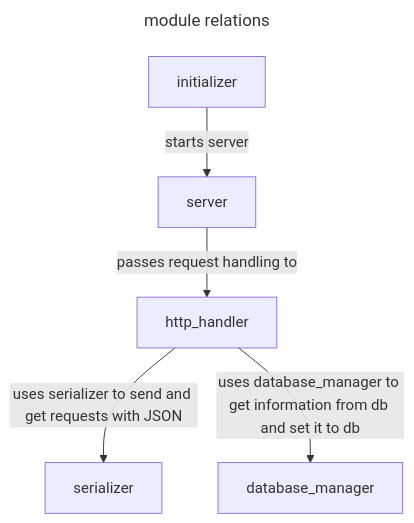
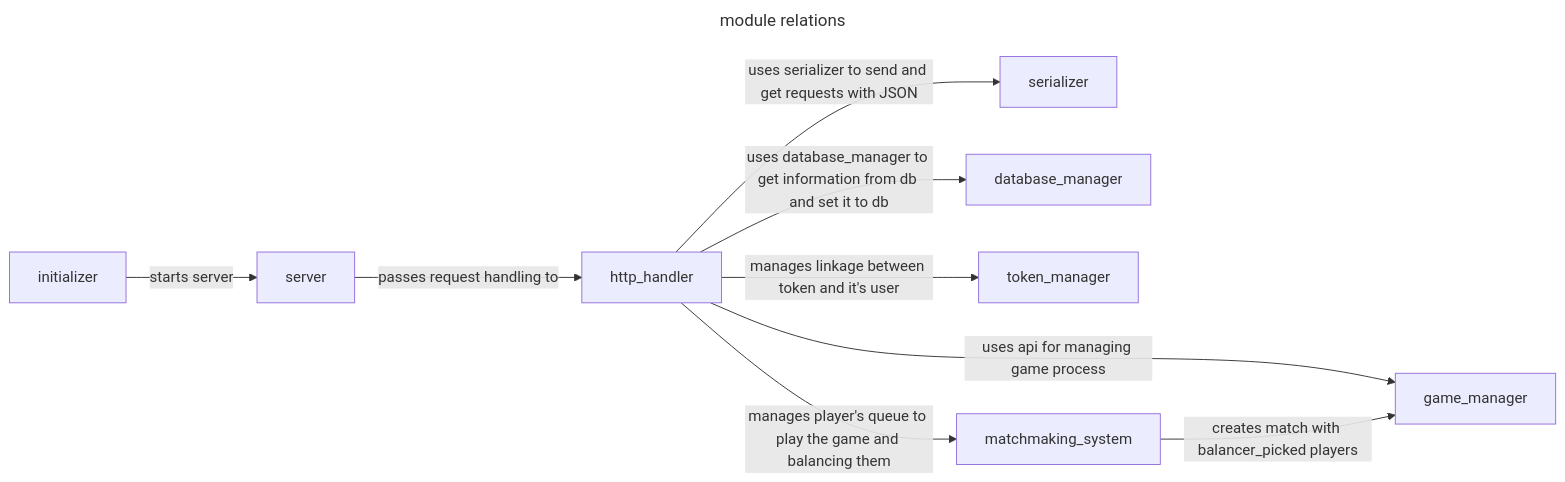
The diagram in docs/new_module_creation.md (LeeDoor/game_webserver), drawn with Mermaid before and after one commit. The commit also changed other lines of this file and 6 other files, not shown here.

````diff
--- a/docs/new_module_creation.md
+++ b/docs/new_module_creation.md
@@ -4,17 +4,23 @@
 ```mermaid
 ---
 title: module relations
 ---
+flowchart LR
+initializer --"starts server"--> server
+server --"passes request handling to"--> http_handler
+http_handler --"uses serializer to send and get requests with JSON"--> serializer
+http_handler --"uses database_manager to get information from db and set it to db"--> database_manager
+http_handler --"manages linkage between token and it's user"--> token_manager
+http_handler --"manages player's queue to play the game and balancing them"-->matchmaking_system
+http_handler --"uses api for managing game process"-->game_manager
+matchmaking_system --"creates match with balancer_picked players"-->game_manager
 
-flowchart 
-    initializer --"starts server"--> server
-    server --"passes request handling to"--> http_handler
-    http_handler --"uses serializer to send and get requests with JSON"--> serializer
-    http_handler --"uses database_manager to get information from db and set it to db"--> database_manager
-
-    click initializer "https://github.com/LeeDoor/hex_chess_backend/blob/main/docs/initializer.md"
-    click server "https://github.com/LeeDoor/hex_chess_backend/blob/main/docs/server.md"
-    click http_handler "https://github.com/LeeDoor/hex_chess_backend/blob/main/docs/http_handler.md"
-    click serializer "https://github.com/LeeDoor/hex_chess_backend/blob/main/docs/serializer.md"
-    click database_manager "https://github.com/LeeDoor/hex_chess_backend/blob/main/docs/database_manager.md"
+click initializer "initializer.md"
+click server "server.md"
+click http_handler "http_handler.md"
+click serializer "serializer.md"
+click database_manager "database_manager.md"
+click token_manager "token_manager.md"
+click matchmaking_system "matchmaking_system.md"
+click game_manager "game_manager.md"
 ```
````
